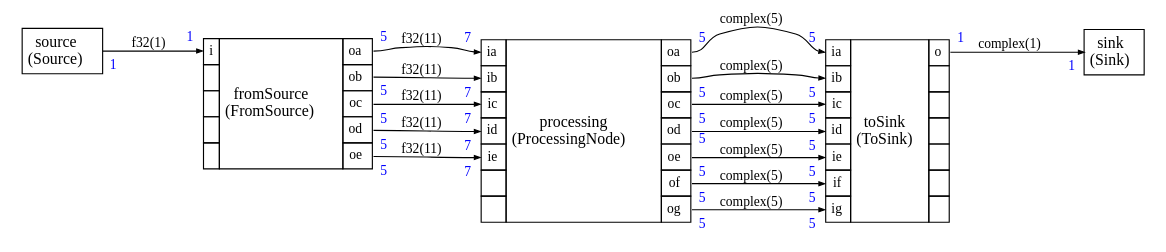
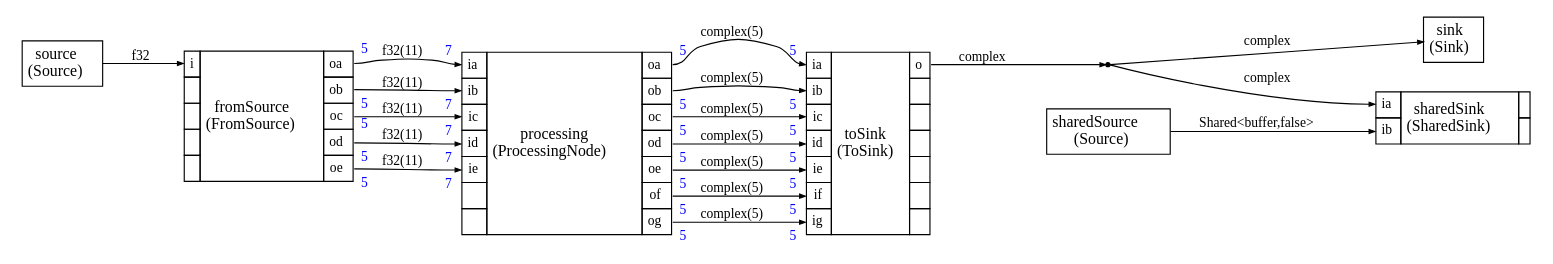
One commit to ARM-software/CMSIS-Stream changed the diagram in Examples/yaml/test.dot. Above: the diagram before and after it, drawn with Graphviz. The commit also changed 101 other files, not shown here.

```diff
--- a/Examples/yaml/test.dot
+++ b/Examples/yaml/test.dot
@@ -8,6 +8,8 @@
     rankdir=LR
     edge [arrowsize="0.5",color="black",fontcolor="black",fontname="Times-Roman"]
 
+
+dup0 [shape=point,label="dup0"]
 
 
 fromSource [label=<
@@ -73,6 +75,29 @@
 
 </TABLE>>];
 
+
+sharedSink [label=<
+<TABLE color="black" bgcolor="none" BORDER="0" CELLBORDER="1" CELLSPACING="0" CELLPADDING="4">
+  <TR>
+    <TD PORT="ia"><FONT POINT-SIZE="12.0" COLOR="black">ia</FONT></TD>
+    <TD ALIGN="CENTER" ROWSPAN="2"><FONT COLOR="black" POINT-SIZE="14.0">sharedSink<BR/>(SharedSink)</FONT></TD>
+    <TD></TD>
+  </TR>
+<TR>
+<TD PORT="ib"><FONT POINT-SIZE="12.0" COLOR="black">ib</FONT></TD>
+
+ 
+<TD></TD></TR>
+
+</TABLE>>];
+
+sharedSource [label=<
+<TABLE color="black" bgcolor="none" BORDER="0" CELLBORDER="1" CELLSPACING="0" CELLPADDING="4">
+  <TR>
+    <TD ALIGN="CENTER" PORT="i"><FONT COLOR="black" POINT-SIZE="14.0">sharedSource<BR/>(Source)</FONT></TD>
+  </TR>
+</TABLE>>];
+
 sink [label=<
 <TABLE color="black" bgcolor="none" BORDER="0" CELLBORDER="1" CELLSPACING="0" CELLPADDING="4">
   <TR>
@@ -125,11 +150,9 @@
 
 
 
-source:i -> fromSource:i [style="solid",color="black",fontsize="12.0",fontcolor="black",label=<f32(1)>
-,headlabel=<<TABLE BORDER="0" CELLPADDING="4"><TR><TD><FONT COLOR="blue" POINT-SIZE="12.0" >1</FONT>
-</TD></TR></TABLE>>
-,taillabel=<<TABLE BORDER="0" CELLPADDING="4"><TR><TD><FONT COLOR="blue" POINT-SIZE="12.0" >1</FONT>
-</TD></TR></TABLE>>]
+source:i -> fromSource:i [style="solid",color="black",fontsize="12.0",fontcolor="black",label=<f32>
+
+]
 
 fromSource:oa -> processing:ia [style="solid",color="black",fontsize="12.0",fontcolor="black",label=<f32(11)>
 ,headlabel=<<TABLE BORDER="0" CELLPADDING="4"><TR><TD><FONT COLOR="blue" POINT-SIZE="12.0" >7</FONT>
@@ -203,11 +226,24 @@
 ,taillabel=<<TABLE BORDER="0" CELLPADDING="4"><TR><TD><FONT COLOR="blue" POINT-SIZE="12.0" >5</FONT>
 </TD></TR></TABLE>>]
 
-toSink:o -> sink:i [style="solid",color="black",fontsize="12.0",fontcolor="black",label=<complex(1)>
-,headlabel=<<TABLE BORDER="0" CELLPADDING="4"><TR><TD><FONT COLOR="blue" POINT-SIZE="12.0" >1</FONT>
-</TD></TR></TABLE>>
-,taillabel=<<TABLE BORDER="0" CELLPADDING="4"><TR><TD><FONT COLOR="blue" POINT-SIZE="12.0" >1</FONT>
-</TD></TR></TABLE>>]
+sharedSource:i -> sharedSink:ib [style="solid",color="black",fontsize="12.0",fontcolor="black",label=<Shared&lt;buffer,false&gt;>
+
+]
+
+toSink:o ->  
+dup0 [style="solid",color="black",fontsize="12.0",fontcolor="black",label=<complex>
+
+]
+
+ 
+dup0 -> sink:i [style="solid",color="black",fontsize="12.0",fontcolor="black",label=<complex>
+
+]
+
+ 
+dup0 -> sharedSink:ia [style="solid",color="black",fontsize="12.0",fontcolor="black",label=<complex>
+
+]
 
 
 }
```
